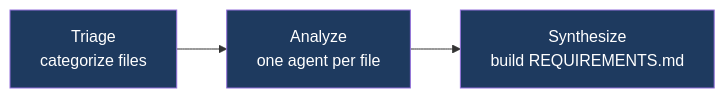
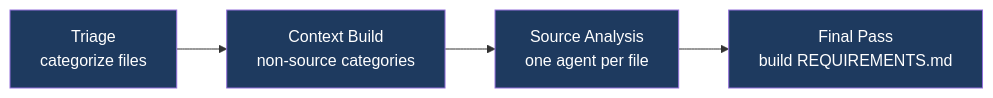
The second of 3 diagrams in README.md (TylerJPresley/voidrift), drawn with Mermaid before and after one commit. The commit also changed other lines of this file and 29 other files, not shown here.

````diff
--- a/README.md
+++ b/README.md
@@ -149,7 +149,8 @@
 ```mermaid
 flowchart LR
-    T[Triage\ncategorize files] --> A[Analyze\none agent per file] --> S[Synthesize\nbuild REQUIREMENTS.md]
+    T[Triage\ncategorize files] --> C[Context Build\nnon-source categories] --> A[Source Analysis\none agent per file] --> F[Final Pass\nbuild REQUIREMENTS.md]
     style T fill:#1e3a5f,color:#fff
+    style C fill:#1e3a5f,color:#fff
     style A fill:#1e3a5f,color:#fff
-    style S fill:#1e3a5f,color:#fff
+    style F fill:#1e3a5f,color:#fff
 ```
````
